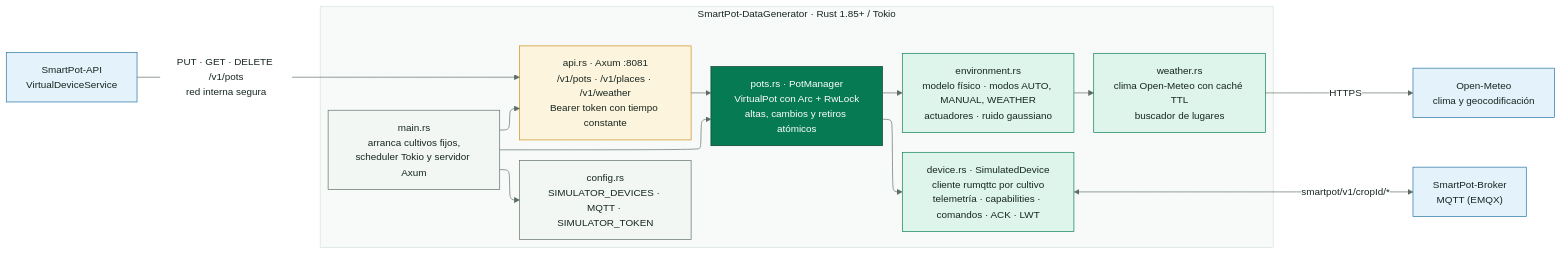
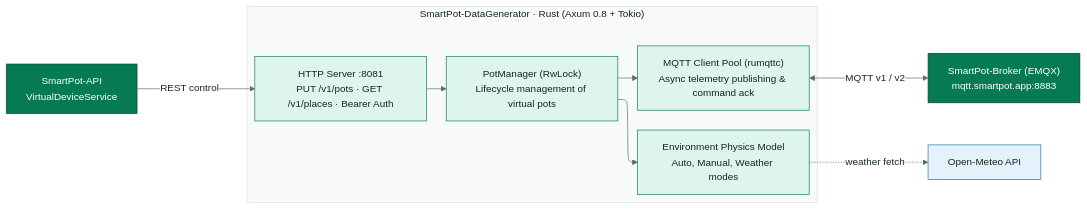
Before and after one commit to SmartPotTech/SmartPot-DataGenerator: the diagram in docs/diagrams/SmartPot_DataGenerator_Rust_Global_Component.mmd, drawn with Mermaid. The commit also changed 9 other files, not shown here.

Commit message:
docs(specs): synchronize 100% english documentation, diagrams, and static assets

```diff
--- a/docs/diagrams/SmartPot_DataGenerator_Rust_Global_Component.mmd
+++ b/docs/diagrams/SmartPot_DataGenerator_Rust_Global_Component.mmd
@@ -1,34 +1,24 @@
 %%{init: {"theme": "base", "fontFamily": "Segoe UI, Arial, sans-serif", "themeVariables": {"fontFamily": "Segoe UI, Arial, sans-serif", "fontSize": "15px", "primaryColor": "#DDF5EA", "primaryTextColor": "#17261F", "primaryBorderColor": "#067A52", "secondaryColor": "#E3F2FB", "secondaryTextColor": "#17261F", "secondaryBorderColor": "#1F6FA0", "tertiaryColor": "#F2F7F4", "tertiaryTextColor": "#17261F", "tertiaryBorderColor": "#D5E3DC", "lineColor": "#5B6B63", "textColor": "#17261F", "mainBkg": "#DDF5EA", "nodeBorder": "#067A52", "clusterBkg": "#F7FAF8", "clusterBorder": "#D5E3DC", "edgeLabelBackground": "#FFFFFF", "actorBkg": "#067A52", "actorBorder": "#0B3D2B", "actorTextColor": "#FFFFFF", "actorLineColor": "#5B6B63", "signalColor": "#17261F", "signalTextColor": "#17261F", "labelBoxBkgColor": "#0B3D2B", "labelBoxBorderColor": "#0B3D2B", "labelTextColor": "#FFFFFF", "loopTextColor": "#0B3D2B", "noteBkgColor": "#FDF4DD", "noteBorderColor": "#C98D12", "noteTextColor": "#17261F", "activationBkgColor": "#DDF5EA", "activationBorderColor": "#067A52", "attributeBackgroundColorOdd": "#FFFFFF", "attributeBackgroundColorEven": "#F2F7F4"}, "layout": "elk", "elk": {"nodePlacementStrategy": "BRANDES_KOEPF", "mergeEdges": false, "cycleBreakingStrategy": "GREEDY"}}}%%
 flowchart LR
   api["SmartPot-API<br/>VirtualDeviceService"]
-  meteo["Open-Meteo<br/>clima y geocodificación"]
-  broker["SmartPot-Broker<br/>MQTT (EMQX)"]
-  subgraph sim["SmartPot-DataGenerator · Rust 1.85+ / Tokio"]
+  broker["SmartPot-Broker (EMQX)<br/>mqtt.smartpot.app:8883"]
+  meteo["Open-Meteo API"]
+  subgraph sim["SmartPot-DataGenerator · Rust (Axum 0.8 + Tokio)"]
     direction TB
-    main["main.rs<br/>arranca cultivos fijos,<br/>scheduler Tokio y servidor Axum"]
-    config["config.rs<br/>SIMULATOR_DEVICES · MQTT · SIMULATOR_TOKEN"]
-    control["api.rs · Axum :8081<br/>/v1/pots · /v1/places · /v1/weather<br/>Bearer token con tiempo constante"]
-    manager["pots.rs · PotManager<br/>VirtualPot con Arc + RwLock<br/>altas, cambios y retiros atómicos"]
-    env["environment.rs<br/>modelo físico · modos AUTO, MANUAL, WEATHER<br/>actuadores · ruido gaussiano"]
-    weather["weather.rs<br/>clima Open-Meteo con caché TTL<br/>buscador de lugares"]
-    device["device.rs · SimulatedDevice<br/>cliente rumqttc por cultivo<br/>telemetría · capabilities · comandos · ACK · LWT"]
+    rest["HTTP Server :8081<br/>PUT /v1/pots · GET /v1/places · Bearer Auth"]
+    mgr["PotManager (RwLock)<br/>Lifecycle management of virtual pots"]
+    env["Environment Physics Model<br/>Auto, Manual, Weather modes"]
+    client["MQTT Client Pool (rumqttc)<br/>Async telemetry publishing & command ack"]
   end
-  api -->|"PUT · GET · DELETE /v1/pots<br/>red interna segura"| control
-  main --> config & control & manager
-  control --> manager
-  manager --> env & device
-  env --> weather
-  weather -->|"HTTPS"| meteo
-  device <-->|"smartpot/v1/cropId/*"| broker
+  api -->|"REST control"| rest
+  rest --> mgr
+  mgr --> env
+  mgr --> client
+  client <-->|"MQTT v1 / v2"| broker
+  env -.->|"weather fetch"| meteo
+  classDef core fill:#067A52,stroke:#0B3D2B,color:#FFFFFF
+  classDef water fill:#E3F2FB,stroke:#1F6FA0,color:#17261F
   classDef leaf fill:#DDF5EA,stroke:#067A52,color:#17261F
-  classDef water fill:#E3F2FB,stroke:#1F6FA0,color:#17261F
-  classDef sun fill:#FDF4DD,stroke:#C98D12,color:#17261F
-  classDef clay fill:#FBE9E1,stroke:#B85A38,color:#17261F
-  classDef core fill:#067A52,stroke:#0B3D2B,color:#FFFFFF
-  classDef deep fill:#0B3D2B,stroke:#06281C,color:#FFFFFF
-  classDef muted fill:#F2F7F4,stroke:#5B6B63,color:#17261F
-  class api,meteo,broker water
-  class main,config muted
-  class control sun
-  class manager core
-  class env,weather,device leaf
+  class api,broker core
+  class rest,mgr,env,client leaf
+  class meteo water
```
